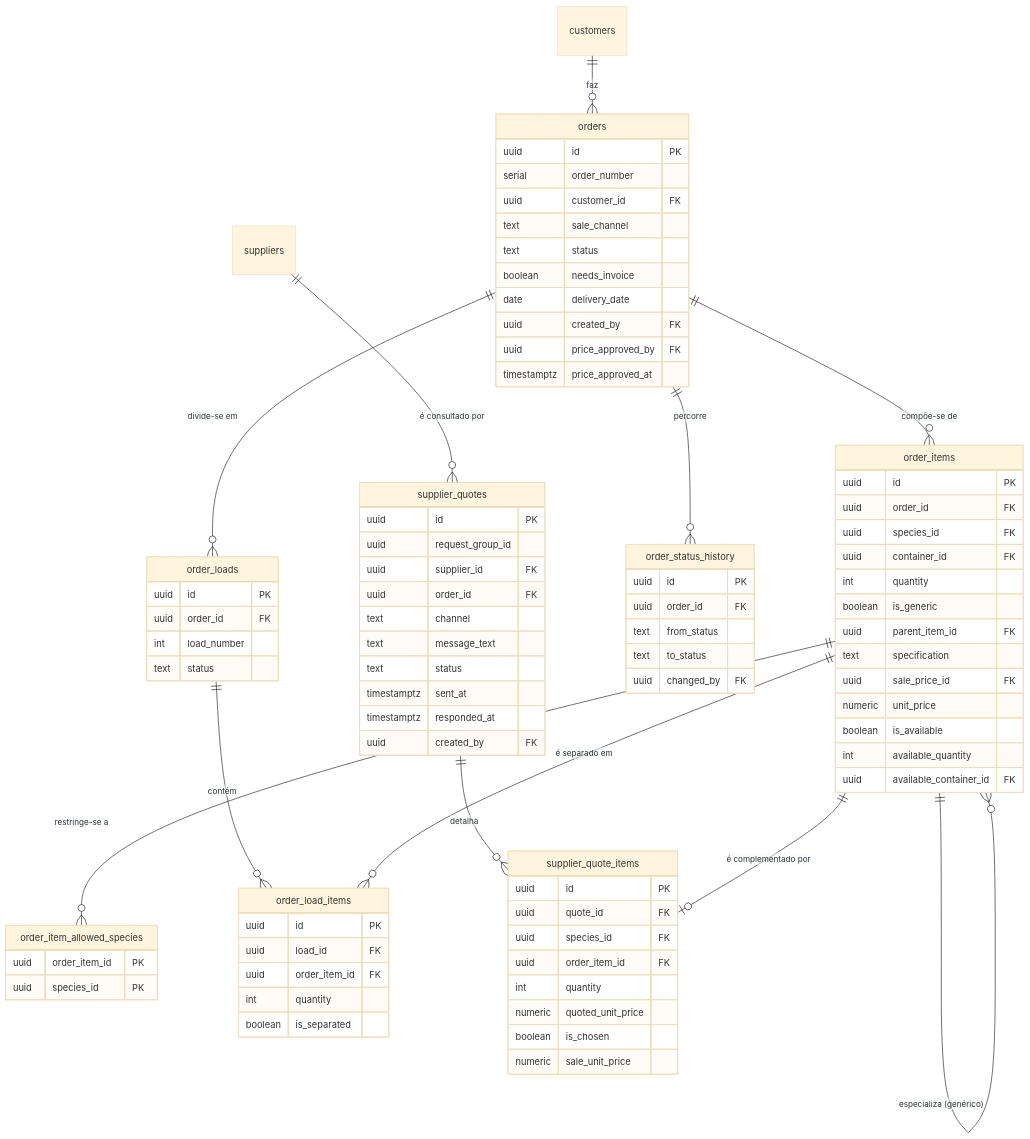
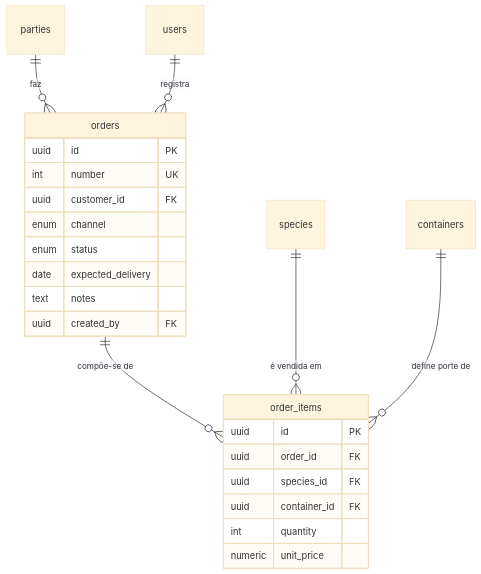
The fifth of 5 diagrams in docs/engenharia/C-modelagem/C6-modelo-entidade-relacionamento.md (JoaoMudar/tcc), drawn with Mermaid (base theme) before and after one commit. The commit also changed other lines of this file and 1 other file, not shown here.

````diff
--- a/docs/engenharia/C-modelagem/C6-modelo-entidade-relacionamento.md
+++ b/docs/engenharia/C-modelagem/C6-modelo-entidade-relacionamento.md
@@ -1191,88 +621,31 @@
 ```mermaid
 erDiagram
   orders {
-    uuid id PK
-    serial order_number
-    uuid customer_id FK
-    text sale_channel
-    text status
-    boolean needs_invoice
-    date delivery_date
-    uuid created_by FK
-    uuid price_approved_by FK
-    timestamptz price_approved_at
+    uuid    id PK
+    int     number UK
+    uuid    customer_id FK
+    enum    channel
+    enum    status
+    date    expected_delivery
+    text    notes
+    uuid    created_by FK
   }
   order_items {
-    uuid id PK
-    uuid order_id FK
-    uuid species_id FK
-    uuid container_id FK
-    int  quantity
-    boolean is_generic
-    uuid parent_item_id FK
-    text specification
-    uuid sale_price_id FK
+    uuid    id PK
+    uuid    order_id FK
+    uuid    species_id FK
+    uuid    container_id FK
+    int     quantity
     numeric unit_price
-    boolean is_available
-    int  available_quantity
-    uuid available_container_id FK
   }
-  order_item_allowed_species {
-    uuid order_item_id PK
-    uuid species_id PK
-  }
-  order_loads {
-    uuid id PK
-    uuid order_id FK
-    int  load_number
-    text status
-  }
-  order_load_items {
-    uuid id PK
-    uuid load_id FK
-    uuid order_item_id FK
-    int  quantity
-    boolean is_separated
-  }
-  order_status_history {
-    uuid id PK
-    uuid order_id FK
-    text from_status
-    text to_status
-    uuid changed_by FK
-  }
-  supplier_quotes {
-    uuid id PK
-    uuid request_group_id
-    uuid supplier_id FK
-    uuid order_id FK
-    text channel
-    text message_text
-    text status
-    timestamptz sent_at
-    timestamptz responded_at
-    uuid created_by FK
-  }
-  supplier_quote_items {
-    uuid id PK
-    uuid quote_id FK
-    uuid species_id FK
-    uuid order_item_id FK
-    int quantity
-    numeric quoted_unit_price
-    boolean is_chosen
-    numeric sale_unit_price
-  }
+  parties {}
+  species {}
+  containers {}
+  users {}
 
-  customers   ||--o{ orders               : "faz"
-  orders      ||--o{ order_items          : "compõe-se de"
-  orders      ||--o{ order_loads          : "divide-se em"
-  orders      ||--o{ order_status_history : "percorre"
-  order_loads ||--o{ order_load_items     : "contém"
-  order_items ||--o{ order_load_items     : "é separado em"
-  order_items ||--o{ order_item_allowed_species : "restringe-se a"
-  order_items ||--o{ order_items          : "especializa (genérico)"
-  suppliers       ||--o{ supplier_quotes       : "é consultado por"
-  supplier_quotes ||--o{ supplier_quote_items  : "detalha"
-  order_items     ||--o| supplier_quote_items  : "é complementado por"
+  orders  ||--o{ order_items : "compõe-se de"
+  parties ||--o{ orders      : "faz"
+  users   ||--o{ orders      : "registra"
+  species    ||--o{ order_items : "é vendida em"
+  containers ||--o{ order_items : "define porte de"
 ```
````
